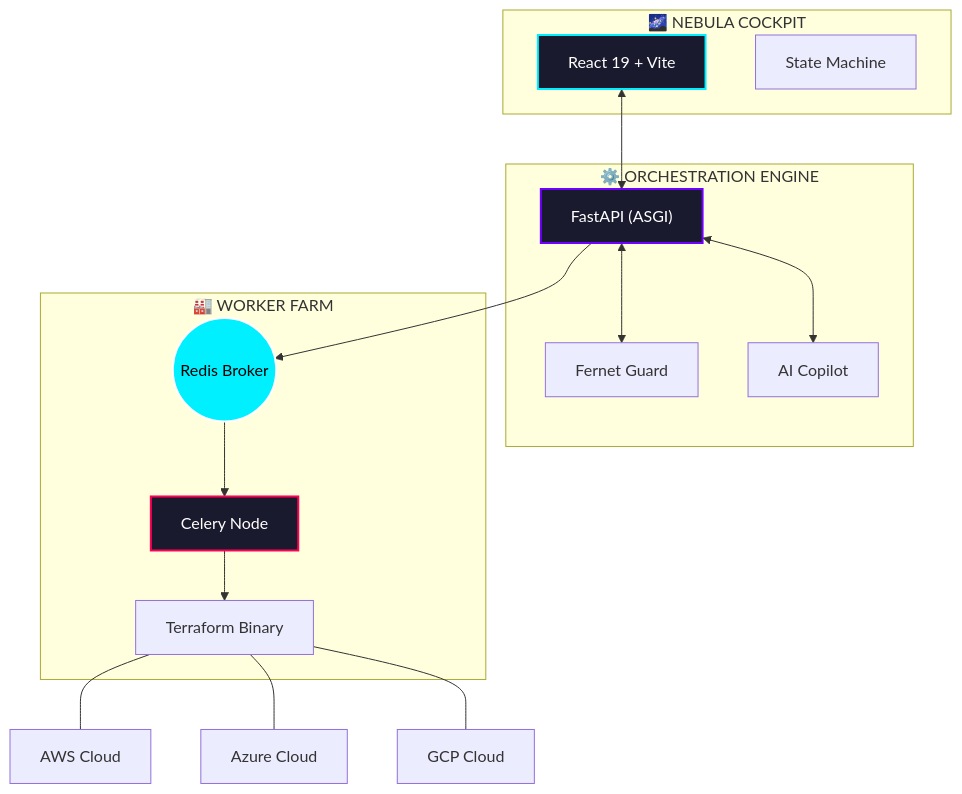
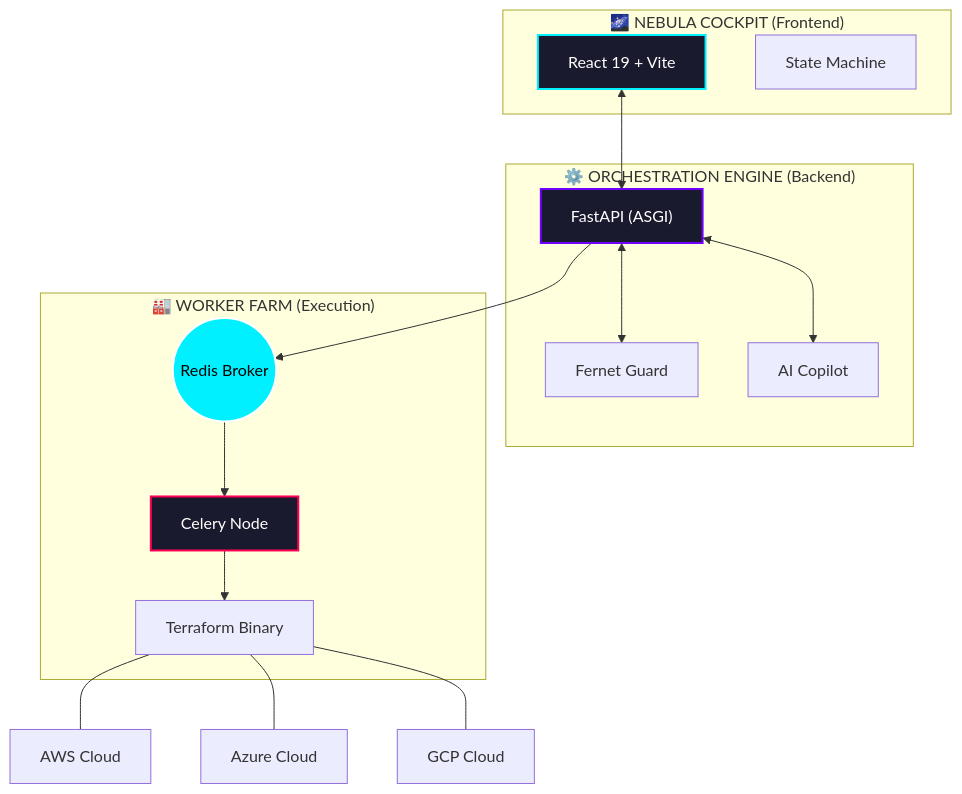
The first of 2 diagrams in README.md (PriyanshuKSharma/multi-cloud), drawn with Mermaid before and after one commit. The commit also changed other lines of this file, not shown here.

````diff
--- a/README.md
+++ b/README.md
@@ -50,35 +92,35 @@
 ```mermaid
 graph TD
-    subgraph "🌌 NEBULA COCKPIT"
+    subgraph "🌌 NEBULA COCKPIT (Frontend)"
         UI["React 19 + Vite"]
         Store["State Machine"]
     end
 
-    subgraph "⚙️ ORCHESTRATION ENGINE"
+    subgraph "⚙️ ORCHESTRATION ENGINE (Backend)"
         API["FastAPI (ASGI)"]
         Guard["Fernet Guard"]
         AI["AI Copilot"]
     end
 
-    subgraph "🏭 WORKER FARM"
+    subgraph "🏭 WORKER FARM (Execution)"
         Redis(("Redis Broker"))
         Worker["Celery Node"]
         TF["Terraform Binary"]
     end
 
     UI <--> API
     API <--> Guard
     API <--> AI
     API --> Redis
     Redis --> Worker
     Worker --> TF
-
+    
     TF --- AWS["AWS Cloud"]
     TF --- AZ["Azure Cloud"]
     TF --- GCP["GCP Cloud"]
 
     style UI fill:#1a1a2e,stroke:#00f0ff,stroke-width:2px,color:#fff
     style API fill:#1a1a2e,stroke:#7000ff,stroke-width:2px,color:#fff
     style Worker fill:#1a1a2e,stroke:#ff0055,stroke-width:2px,color:#fff
     style Redis fill:#00f0ff,stroke:#fff,stroke-width:2px,color:#000
 ```
````
